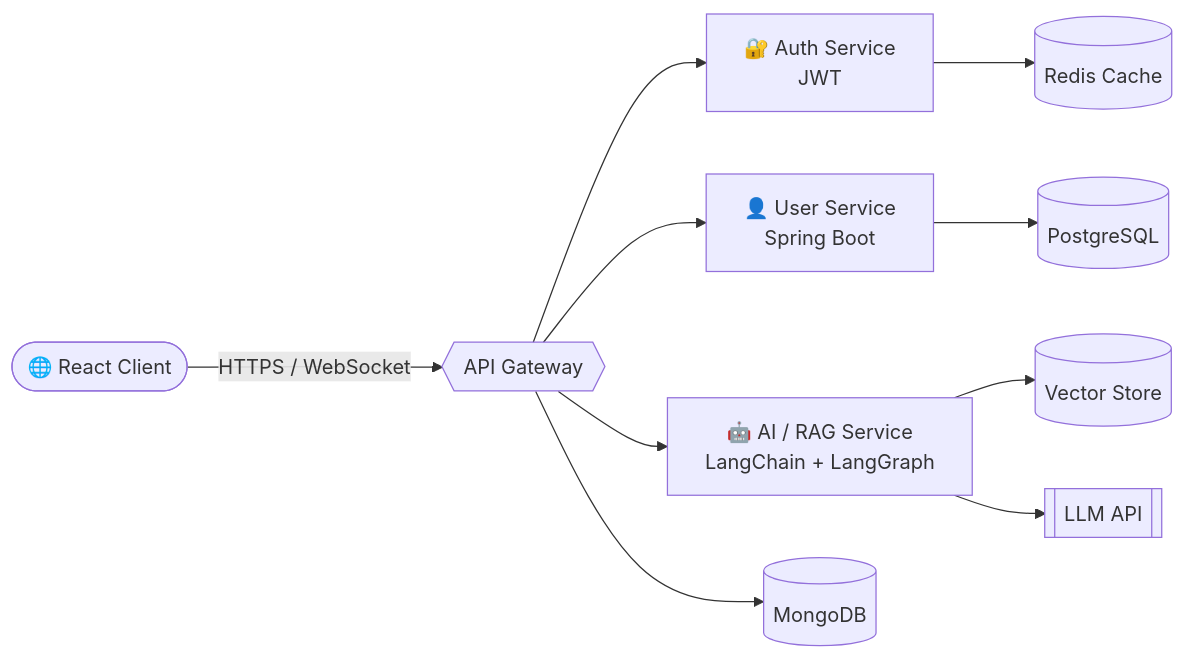
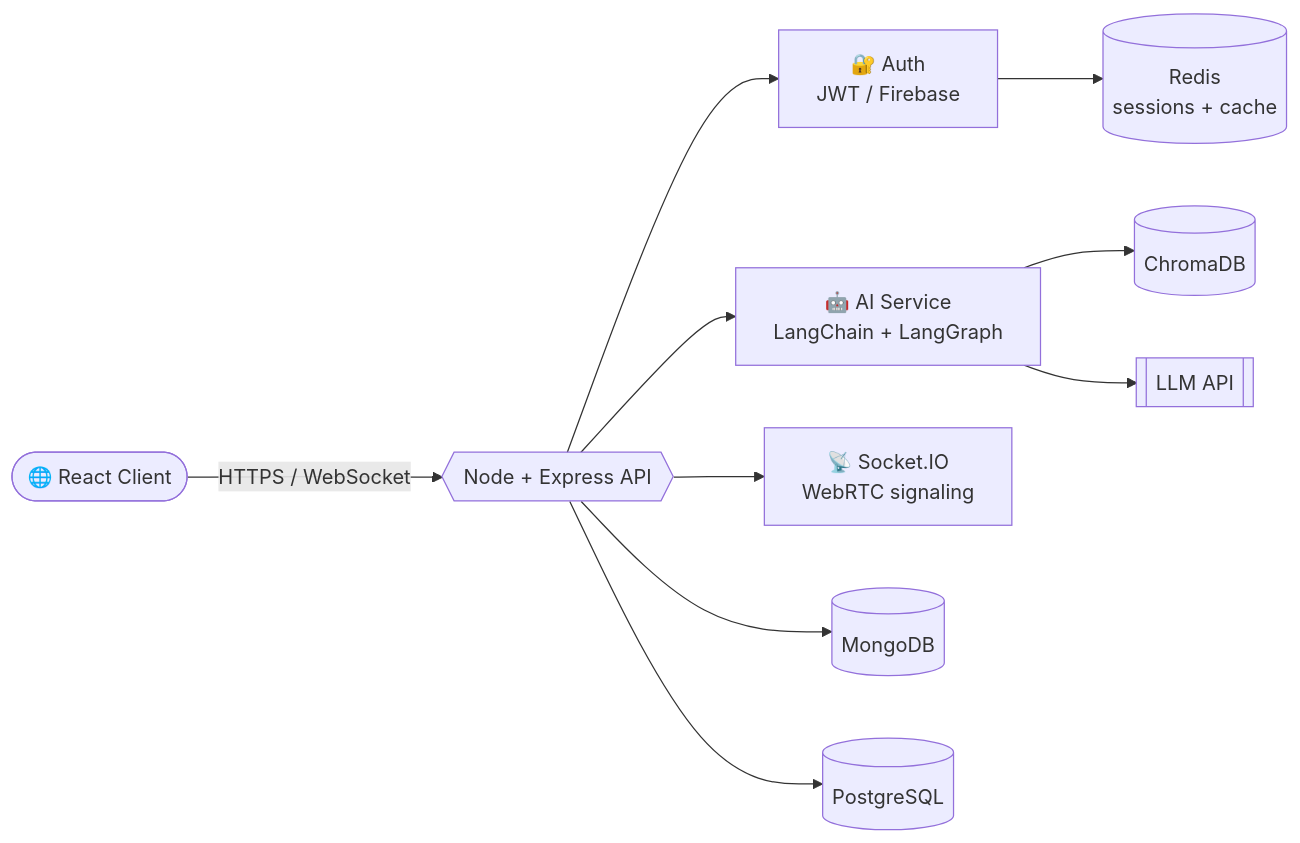
The diagram in README.md (Chandermani-web/Chandermani-web), drawn with Mermaid before and after one commit. The commit also changed other lines of this file and 14 other files, not shown here.

````diff
--- a/README.md
+++ b/README.md
@@ -42,12 +43,12 @@
 ```mermaid
 flowchart LR
-    C([🌐 React Client]) -->|HTTPS / WebSocket| G{{API Gateway}}
-    G --> A[🔐 Auth Service<br/>JWT]
-    G --> U[👤 User Service<br/>Spring Boot]
-    G --> R[🤖 AI / RAG Service<br/>LangChain + LangGraph]
-    U --> P[(PostgreSQL)]
-    A --> K[(Redis Cache)]
-    R --> V[(Vector Store)]
+    C([🌐 React Client]) -->|HTTPS / WebSocket| G{{Node + Express API}}
+    G --> A[🔐 Auth<br/>JWT / Firebase]
+    G --> R[🤖 AI Service<br/>LangChain + LangGraph]
+    G --> S[📡 Socket.IO<br/>WebRTC signaling]
+    A --> K[(Redis<br/>sessions + cache)]
+    G --> M[(MongoDB)]
+    G --> P[(PostgreSQL)]
+    R --> V[(ChromaDB)]
     R --> L[[LLM API]]
-    G --> M[(MongoDB)]
 ```
````
